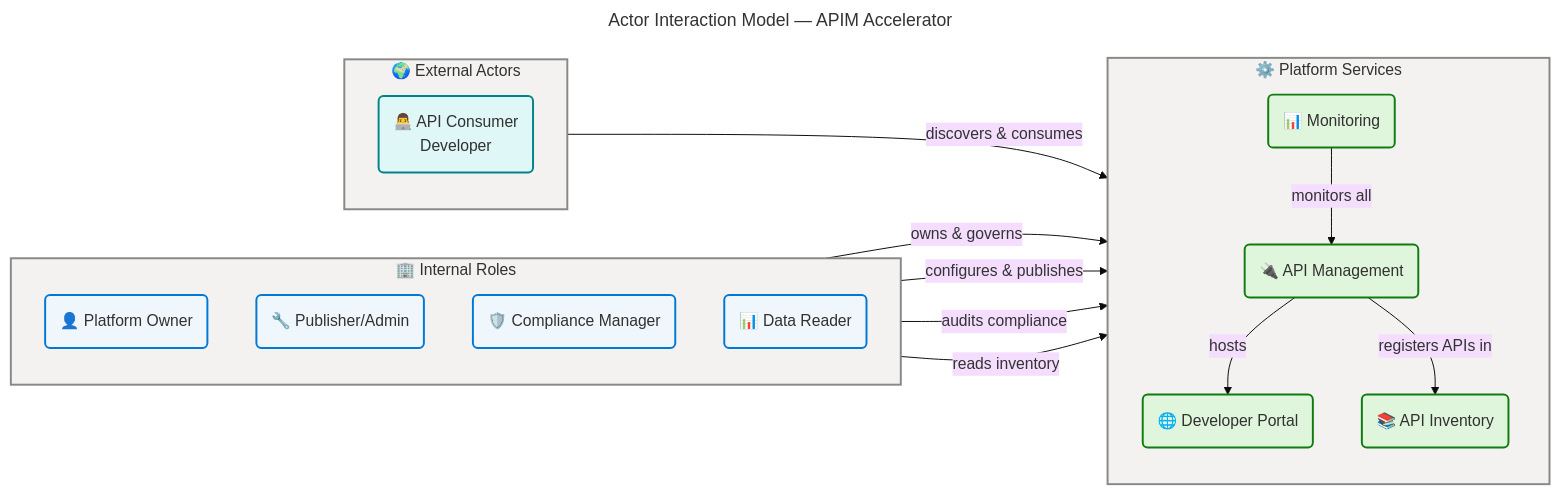
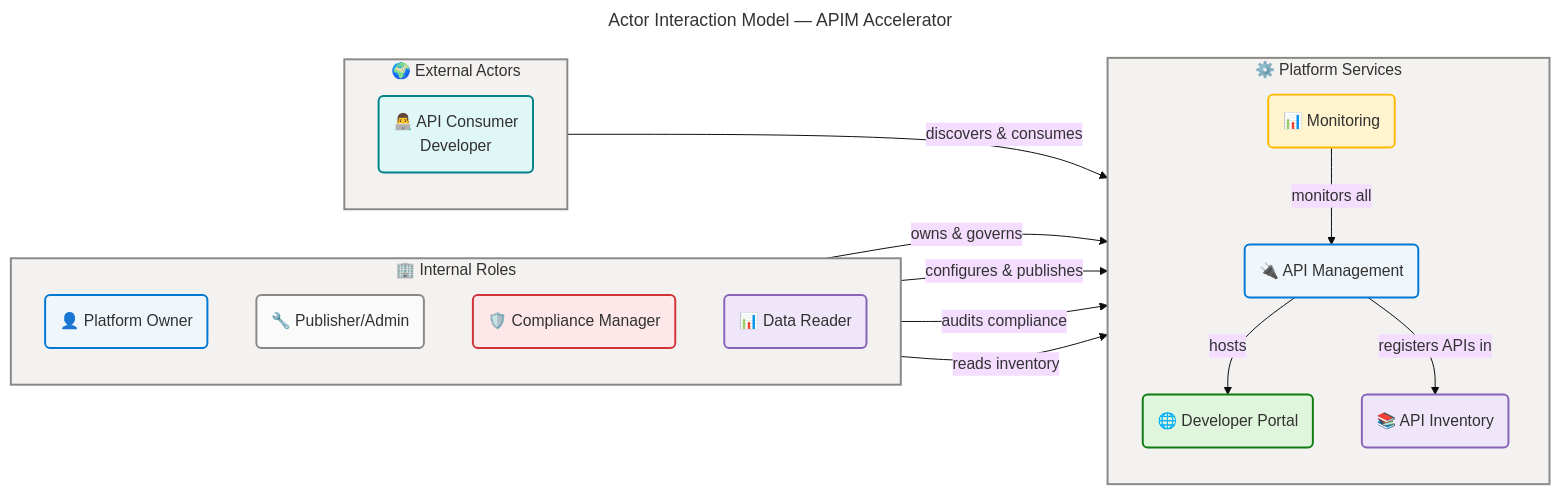
Before and after one commit to Evilazaro/APIM-Accelerator: the seventh of 9 diagrams in docs/architecture/business-architecture.md, drawn with Mermaid. The commit also changed other lines of this file and 2 other files, not shown here.

Commit message:
Refactor code structure for improved readability and maintainability

````diff
--- a/docs/architecture/business-architecture.md
+++ b/docs/architecture/business-architecture.md
@@ -1001,71 +1001,71 @@
 ```mermaid
 ---
 title: "Actor Interaction Model — APIM Accelerator"
 config:
   theme: base
   look: classic
   layout: dagre
   themeVariables:
     fontSize: '16px'
   flowchart:
     htmlLabels: true
 ---
 flowchart LR
     accTitle: Actor Interaction Model
     accDescr: Shows how business roles and actors interact with the platform services and governance functions
 
     %% ═══════════════════════════════════════════════════════════════════════════
     %% AZURE / FLUENT ARCHITECTURE PATTERN v1.1
     %% (Semantic + Structural + Font + Accessibility Governance)
     %% ═══════════════════════════════════════════════════════════════════════════
     %% PHASE 1 - FLUENT UI: All styling uses approved Fluent UI palette only
     %% PHASE 2 - GROUPS: Every subgraph has semantic color via style directive
     %% PHASE 3 - COMPONENTS: Every node has semantic classDef + icon prefix
     %% PHASE 4 - ACCESSIBILITY: accTitle/accDescr present, WCAG AA contrast
     %% PHASE 5 - STANDARD: Governance block present, classDefs centralized
     %% ═══════════════════════════════════════════════════════════════════════════
 
     subgraph internal["🏢 Internal Roles"]
         direction TB
         r1("👤 Platform Owner"):::core
-        r2("🔧 Publisher/Admin"):::core
-        r3("🛡️ Compliance Manager"):::core
-        r4("📊 Data Reader"):::core
+        r2("🔧 Publisher/Admin"):::neutral
+        r3("🛡️ Compliance Manager"):::danger
+        r4("📊 Data Reader"):::data
     end
 
     subgraph external["🌍 External Actors"]
         direction TB
         a1("👨‍💻 API Consumer<br/>Developer"):::external
     end
 
     subgraph platform["⚙️ Platform Services"]
         direction TB
-        svc1("🔌 API Management"):::success
+        svc1("🔌 API Management"):::core
         svc2("🌐 Developer Portal"):::success
-        svc3("📚 API Inventory"):::success
-        svc4("📊 Monitoring"):::success
+        svc3("📚 API Inventory"):::data
+        svc4("📊 Monitoring"):::warning
     end
 
     r1 -->|"owns & governs"| svc1
     r2 -->|"configures & publishes"| svc1
     r3 -->|"audits compliance"| svc3
     r4 -->|"reads inventory"| svc3
     a1 -->|"discovers & consumes"| svc2
     svc1 -->|"hosts"| svc2
     svc1 -->|"registers APIs in"| svc3
     svc4 -->|"monitors all"| svc1
 
     %% Centralized classDefs (approved AZURE/FLUENT v1.1 palette)
     classDef neutral fill:#FAFAFA,stroke:#8A8886,stroke-width:2px,color:#323130
     classDef core fill:#EFF6FC,stroke:#0078D4,stroke-width:2px,color:#323130
     classDef success fill:#DFF6DD,stroke:#107C10,stroke-width:2px,color:#323130
     classDef warning fill:#FFF4CE,stroke:#FFB900,stroke-width:2px,color:#323130
     classDef danger fill:#FDE7E9,stroke:#D13438,stroke-width:2px,color:#323130
     classDef data fill:#F0E6FA,stroke:#8764B8,stroke-width:2px,color:#323130
     classDef external fill:#E0F7F7,stroke:#038387,stroke-width:2px,color:#323130
 
     %% Subgraph styling (style directives, not class)
     style internal fill:#F3F2F1,stroke:#8A8886,stroke-width:2px,color:#323130
     style external fill:#F3F2F1,stroke:#8A8886,stroke-width:2px,color:#323130
     style platform fill:#F3F2F1,stroke:#8A8886,stroke-width:2px,color:#323130
 ```
````
